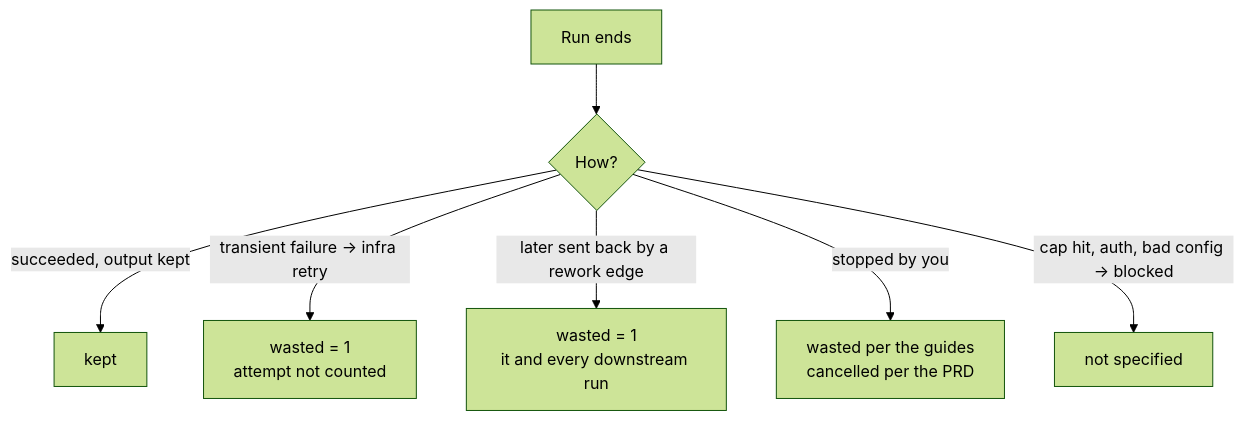
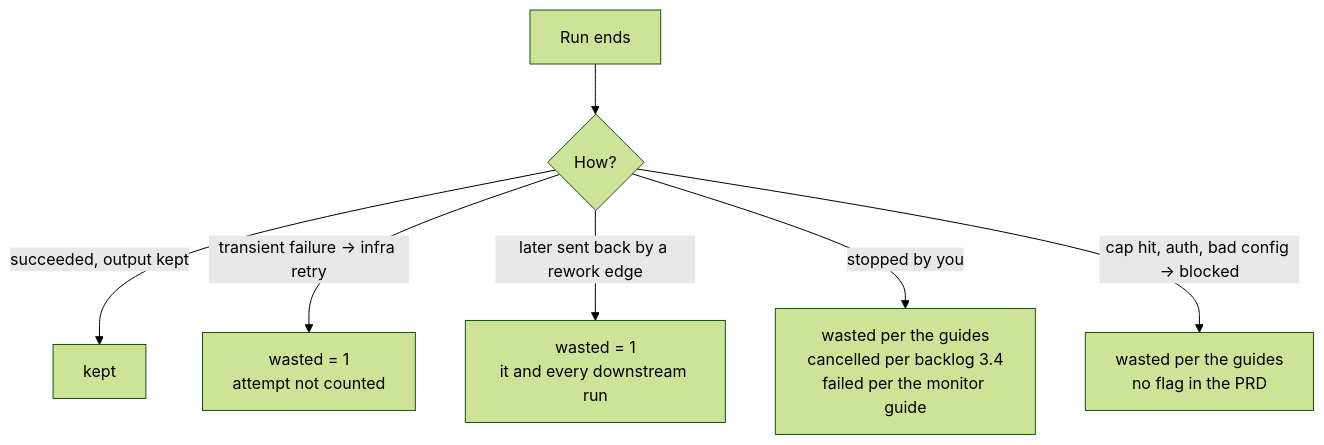
Before and after one commit to ClearCloudSoftware/flowboard: the diagram in docs/FlowBoard/Cost And Control/Wasted Spend.md, drawn with Mermaid (forest theme). The commit also changed other lines of this file and 19 other files, not shown here.

````diff
--- a/docs/FlowBoard/Cost And Control/Wasted Spend.md
+++ b/docs/FlowBoard/Cost And Control/Wasted Spend.md
@@ -31,9 +31,9 @@
 ```mermaid
 flowchart TD
   R[Run ends] --> K{How?}
   K -->|succeeded, output kept| KEPT[kept]
   K -->|transient failure → infra retry| W1[wasted = 1<br/>attempt not counted]
   K -->|later sent back by a rework edge| W2[wasted = 1<br/>it and every downstream run]
-  K -->|stopped by you| Q1[wasted per the guides<br/>cancelled per the PRD]
-  K -->|cap hit, auth, bad config → blocked| Q2[not specified]
+  K -->|stopped by you| Q1[wasted per the guides<br/>cancelled per backlog 3.4<br/>failed per the monitor guide]
+  K -->|cap hit, auth, bad config → blocked| Q2[wasted per the guides<br/>no flag in the PRD]
 ```
````
